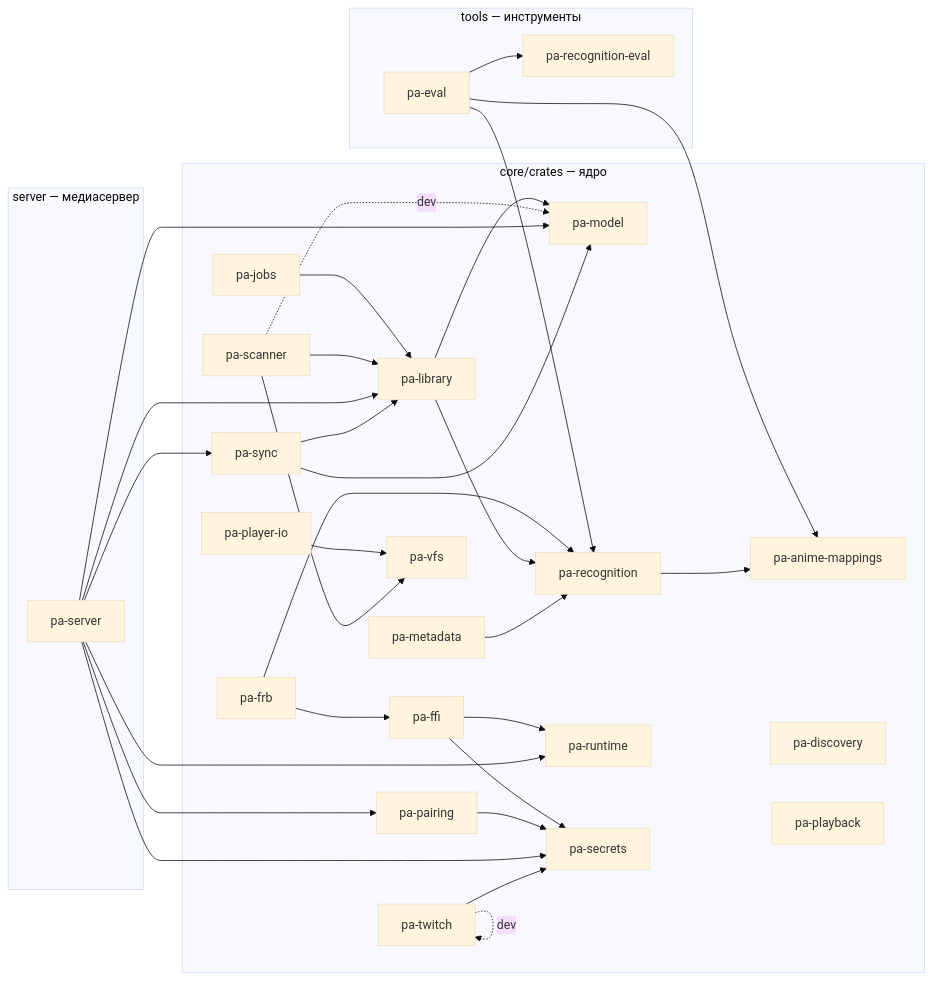
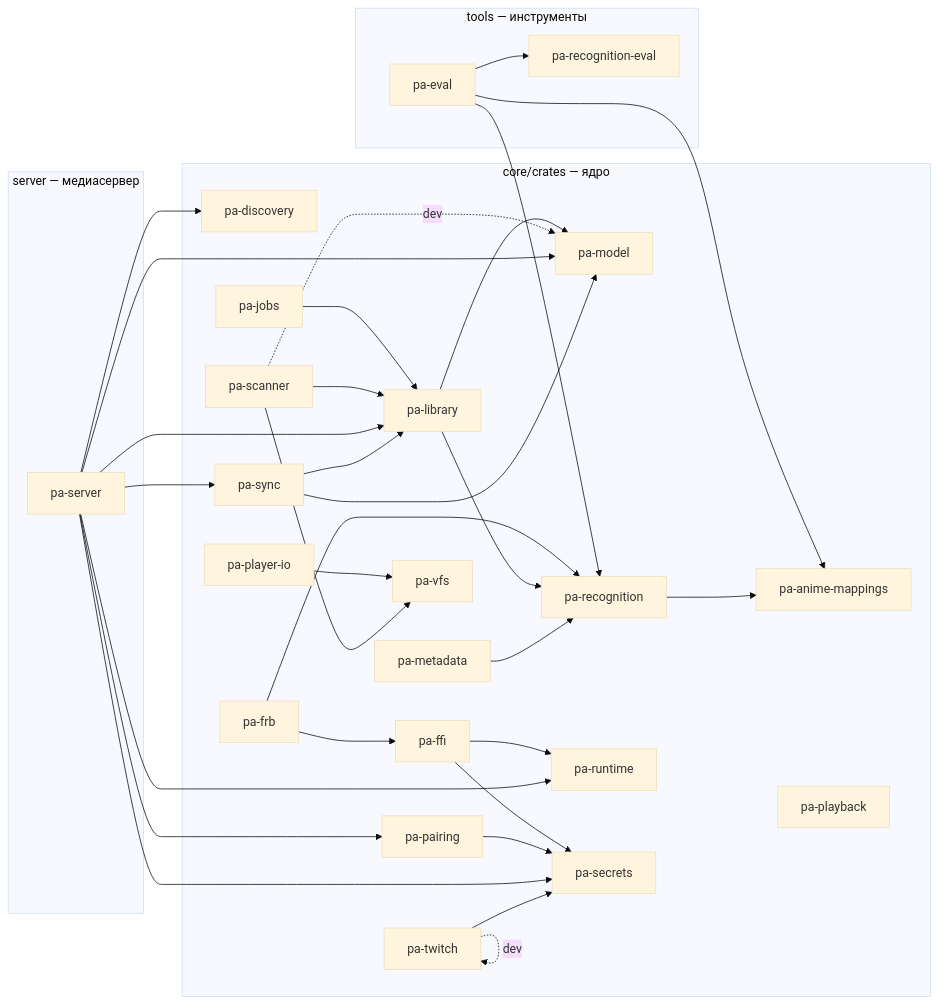
Before and after one commit to DenisHumen/project_alpha: the diagram in docs/dev/crate-graph.md, drawn with Mermaid (base theme). The commit also changed other lines of this file and 28 other files, not shown here.

````diff
--- a/docs/dev/crate-graph.md
+++ b/docs/dev/crate-graph.md
@@ -12,57 +12,58 @@
 ```mermaid
 flowchart LR
   subgraph g0["core/crates — ядро"]
     pa_anime_mappings["pa-anime-mappings"]
     pa_discovery["pa-discovery"]
     pa_ffi["pa-ffi"]
     pa_frb["pa-frb"]
     pa_jobs["pa-jobs"]
     pa_library["pa-library"]
     pa_metadata["pa-metadata"]
     pa_model["pa-model"]
     pa_pairing["pa-pairing"]
     pa_playback["pa-playback"]
     pa_player_io["pa-player-io"]
     pa_recognition["pa-recognition"]
     pa_runtime["pa-runtime"]
     pa_scanner["pa-scanner"]
     pa_secrets["pa-secrets"]
     pa_sync["pa-sync"]
     pa_twitch["pa-twitch"]
     pa_vfs["pa-vfs"]
   end
   subgraph g1["server — медиасервер"]
     pa_server["pa-server"]
   end
   subgraph g2["tools — инструменты"]
     pa_eval["pa-eval"]
     pa_recognition_eval["pa-recognition-eval"]
   end
   pa_eval --> pa_anime_mappings
   pa_eval --> pa_recognition
   pa_eval --> pa_recognition_eval
   pa_ffi --> pa_runtime
   pa_ffi --> pa_secrets
   pa_frb --> pa_ffi
   pa_frb --> pa_recognition
   pa_jobs --> pa_library
   pa_library --> pa_model
   pa_library --> pa_recognition
   pa_metadata --> pa_recognition
   pa_pairing --> pa_secrets
   pa_player_io --> pa_vfs
   pa_recognition --> pa_anime_mappings
   pa_scanner --> pa_library
   pa_scanner -. dev .-> pa_model
   pa_scanner --> pa_vfs
+  pa_server --> pa_discovery
   pa_server --> pa_library
   pa_server --> pa_model
   pa_server --> pa_pairing
   pa_server --> pa_runtime
   pa_server --> pa_secrets
   pa_server --> pa_sync
   pa_sync --> pa_library
   pa_sync --> pa_model
   pa_twitch --> pa_secrets
   pa_twitch -. dev .-> pa_twitch
 ```
````
